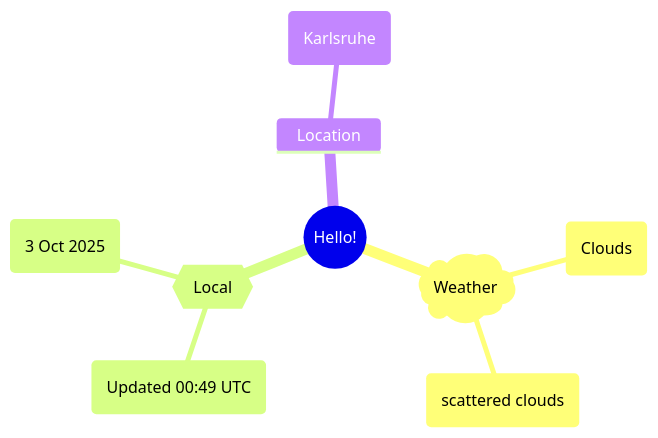
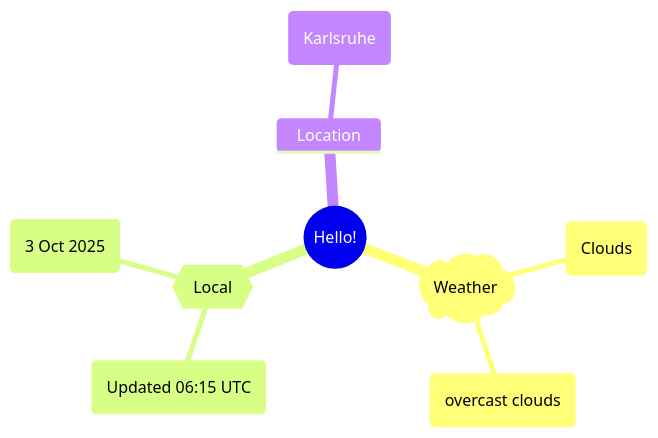
The first of 2 diagrams in README.md (Xosrov/Xosrov), drawn with Mermaid before and after one commit.

Commit message:
[bot] updated images

````diff
--- a/README.md
+++ b/README.md
@@ -3,12 +3,12 @@
 ```mermaid
 mindmap
   root((Hello!))
     )Weather(
         (Clouds)
-        (scattered clouds)
+        (overcast clouds)
     {{Local}}
-        (Updated 00:49 UTC)
+        (Updated 06:15 UTC)
         (3 Oct 2025)
     Location
         (Karlsruhe)
 ```
````
